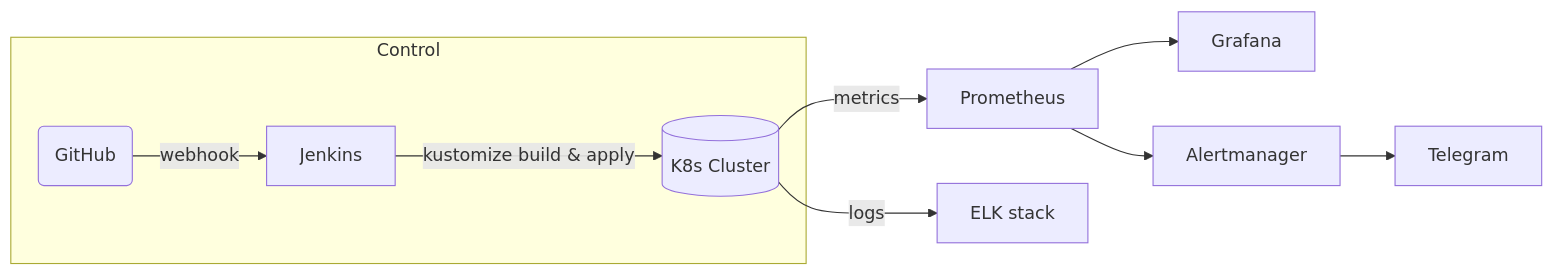
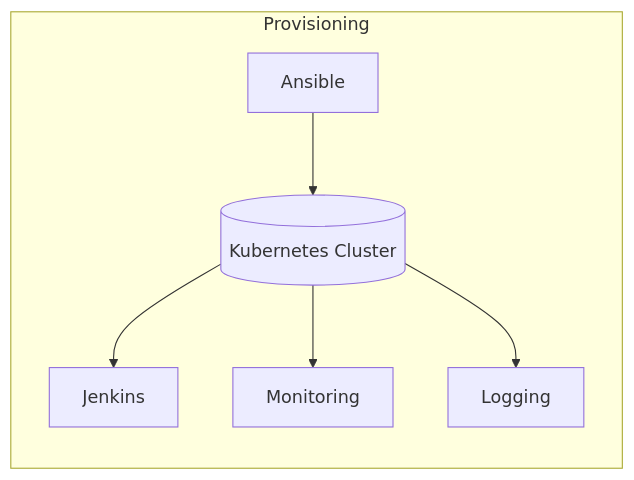
Before and after one commit to kirillank/Diplom_DOS25: the first of 3 diagrams in README.md, drawn with Mermaid. The commit also changed other lines of this file, not shown here.

````diff
--- a/README.md
+++ b/README.md
@@ -31,13 +36,10 @@
 ```mermaid
 graph LR
-  subgraph Control
-    G(GitHub) -->|webhook| J[Jenkins]
-    J -->|kustomize build & apply| K[(K8s Cluster)]
+  %% ── Provisioning ─────────────────────────────
+  subgraph Provisioning
+    A[Ansible] --> K[(Kubernetes Cluster)]
+    K --> J[Jenkins]
+    K --> M[Monitoring]
+    K --> L[Logging]
   end
-  
-  K -->|metrics| Prom[Prometheus]
-  K -->|logs| ES[ELK stack]
-  Prom --> Graf[Grafana]
-  Prom --> AM[Alertmanager]
-  AM --> Tg[Telegram]
 ```
````
